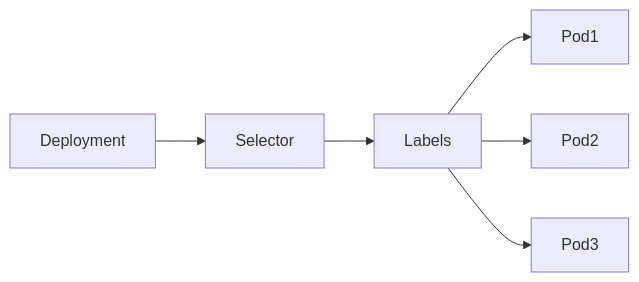
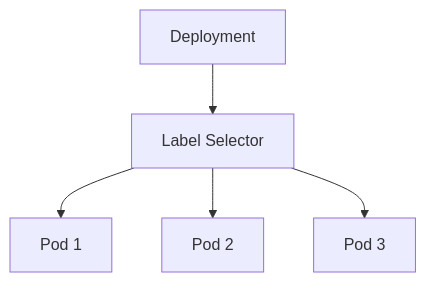
One commit to akshayachar03/DevOps-Learning changed the first of 9 diagrams in 02-Detailed-Notes/08-Kubernetes/06-Labels & Selectors.md. Above: the diagram before and after it, drawn with Mermaid. The commit also changed other lines of this file, not shown here.

First line of the commit message:
Revise Kubernetes Labels & Selectors documentation

````diff
--- a/02-Detailed-Notes/08-Kubernetes/06-Labels & Selectors.md
+++ b/02-Detailed-Notes/08-Kubernetes/06-Labels & Selectors.md
@@ -39,15 +44,13 @@
 ```mermaid
-flowchart LR
+flowchart TB
+    Deployment[Deployment]
+    Selector[Label Selector]
+    Pod1[Pod 1]
+    Pod2[Pod 2]
+    Pod3[Pod 3]
 
-Deployment
-
-Deployment --> Selector
-
-Selector --> Labels
-
-Labels --> Pod1
-
-Labels --> Pod2
-
-Labels --> Pod3
+    Deployment --> Selector
+    Selector --> Pod1
+    Selector --> Pod2
+    Selector --> Pod3
 ```
````
